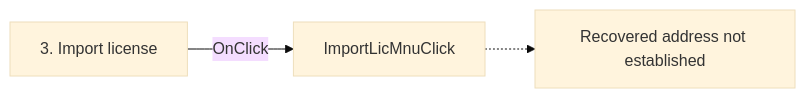
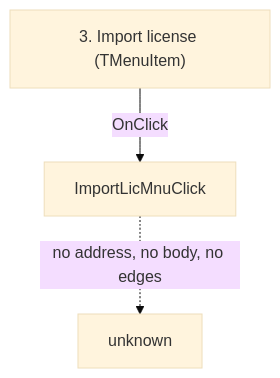
Before and after one commit to MovGP0/TIARA: the diagram in docs/ui-controls/registerdlg/importlicmnu-9b516579f5.md, drawn with Mermaid (base theme). The commit also changed other lines of this file and 106 other files, not shown here.

````diff
--- a/docs/ui-controls/registerdlg/importlicmnu-9b516579f5.md
+++ b/docs/ui-controls/registerdlg/importlicmnu-9b516579f5.md
@@ -27,5 +29,5 @@
 ```mermaid
-flowchart LR
-    control["3. Import license"] -->|OnClick| handler["ImportLicMnuClick"]
-    handler -.-> unresolved["Recovered address not established"]
+flowchart TD
+    control["3. Import license (TMenuItem)"] -->|"OnClick"| handler["ImportLicMnuClick"]
+    handler -.->|"no address, no body, no edges"| gone["unknown"]
 ```
````
